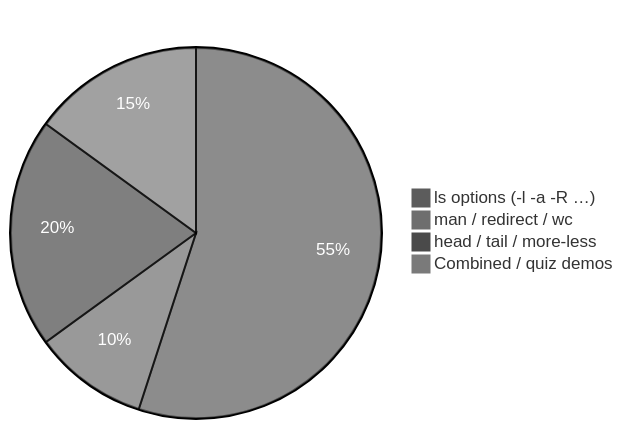
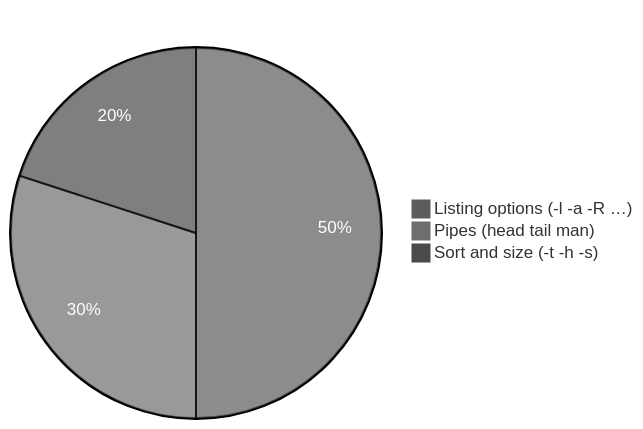
The diagram in scripts-execution-summary/ls-command-and-its-options.md (chaitussm/Linux-Basics), drawn with Mermaid before and after one commit. The commit also changed other lines of this file and 10 other files, not shown here.

````diff
--- a/scripts-execution-summary/ls-command-and-its-options.md
+++ b/scripts-execution-summary/ls-command-and-its-options.md
@@ -6,8 +6,7 @@
 ```mermaid
-%%{init: {'theme': 'base', 'themeVariables': {'pie1': '#5c5c5c', 'pie2': '#6e6e6e', 'pie3': '#4a4a4a', 'pie4': '#7a7a7a', 'pieTitleTextColor': '#ffffff', 'pieSectionTextColor': '#ffffff'}}}%%
-pie title Session 7 script themes
-    "ls options (-l -a -R …)" : 55
-    "man / redirect / wc" : 10
-    "head / tail / more-less" : 20
-    "Combined / quiz demos" : 15
+%%{init: {'theme': 'base', 'themeVariables': {'pie1': '#5c5c5c', 'pie2': '#6e6e6e', 'pie3': '#4a4a4a', 'pieTitleTextColor': '#ffffff', 'pieSectionTextColor': '#ffffff'}}}%%
+pie title ls demo focus
+    "Listing options (-l -a -R …)" : 50
+    "Pipes (head tail man)" : 30
+    "Sort and size (-t -h -s)" : 20
 ```
````
